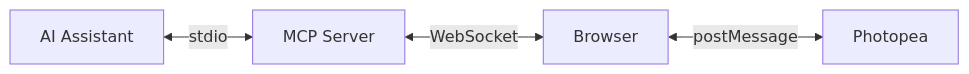
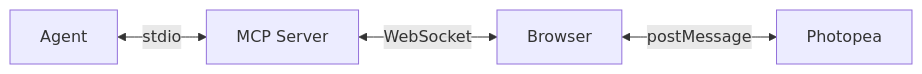
Before and after one commit to attalla1/photopea-mcp-server: the diagram in README.md, drawn with Mermaid.

Commit message:
docs: rename AI Assistant to Agent in diagram

````diff
--- a/README.md
+++ b/README.md
@@ -23,6 +23,6 @@
 ```mermaid
 graph LR
-    A[AI Assistant] <-->|stdio| B[MCP Server]
+    A[Agent] <-->|stdio| B[MCP Server]
     B <-->|WebSocket| C[Browser]
     C <-->|postMessage| D[Photopea]
 ```
````
